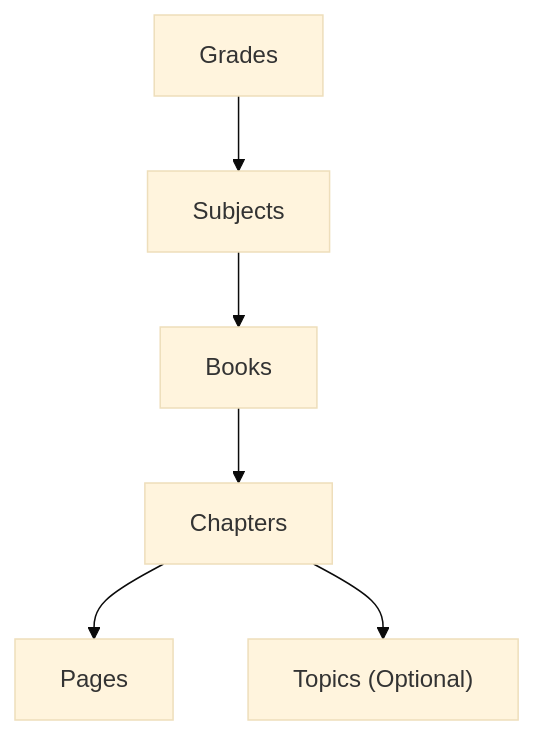
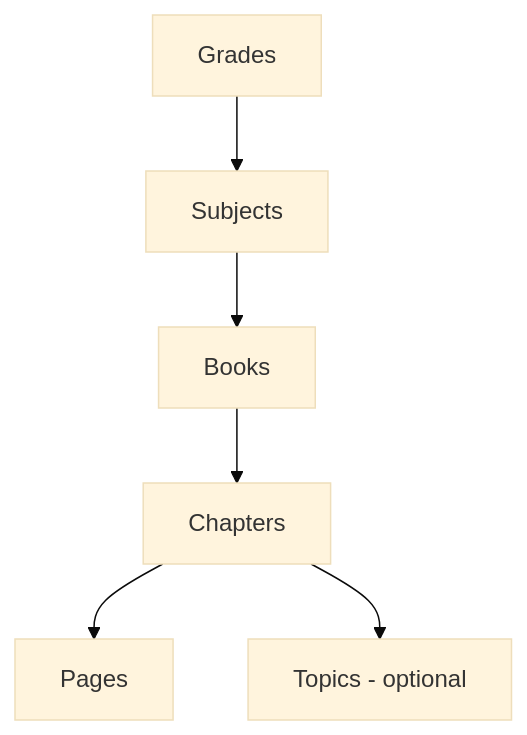
Before and after one commit to AMAN-AJWA-FATIMA/Backend: the third of 6 diagrams in README.md, drawn with Mermaid (base theme). The commit also changed other lines of this file and 5 other files, not shown here.

````diff
--- a/README.md
+++ b/README.md
@@ -317,15 +262,8 @@
 ```mermaid
 flowchart TD
-    Grades["Grades"]
-    Subjects["Subjects"]
-    Books["Books"]
-    Chapters["Chapters"]
-    Pages["Pages"]
-    Topics["Topics (Optional)"]
-
-    Grades --> Subjects
-    Subjects --> Books
-    Books --> Chapters
-    Chapters --> Pages
-    Chapters --> Topics
+    Grade[Grades] --> Subject[Subjects]
+    Subject --> Book[Books]
+    Book --> Chapter[Chapters]
+    Chapter --> Page[Pages]
+    Chapter --> Topic[Topics - optional]
 ```
````
